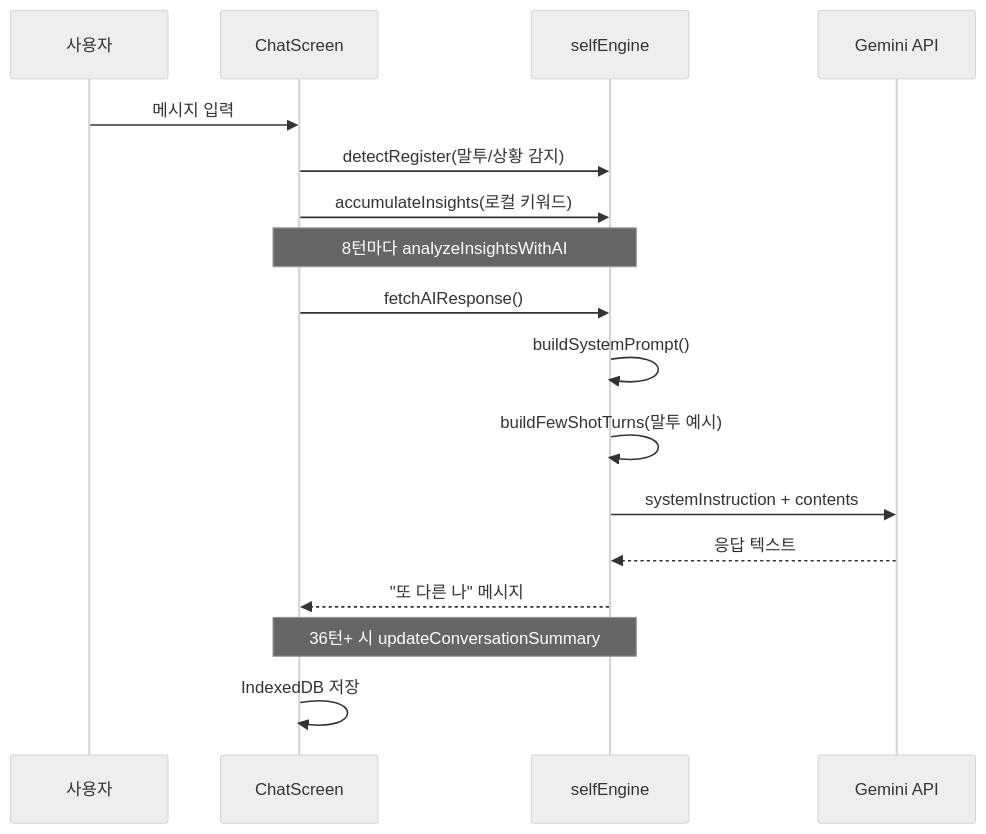
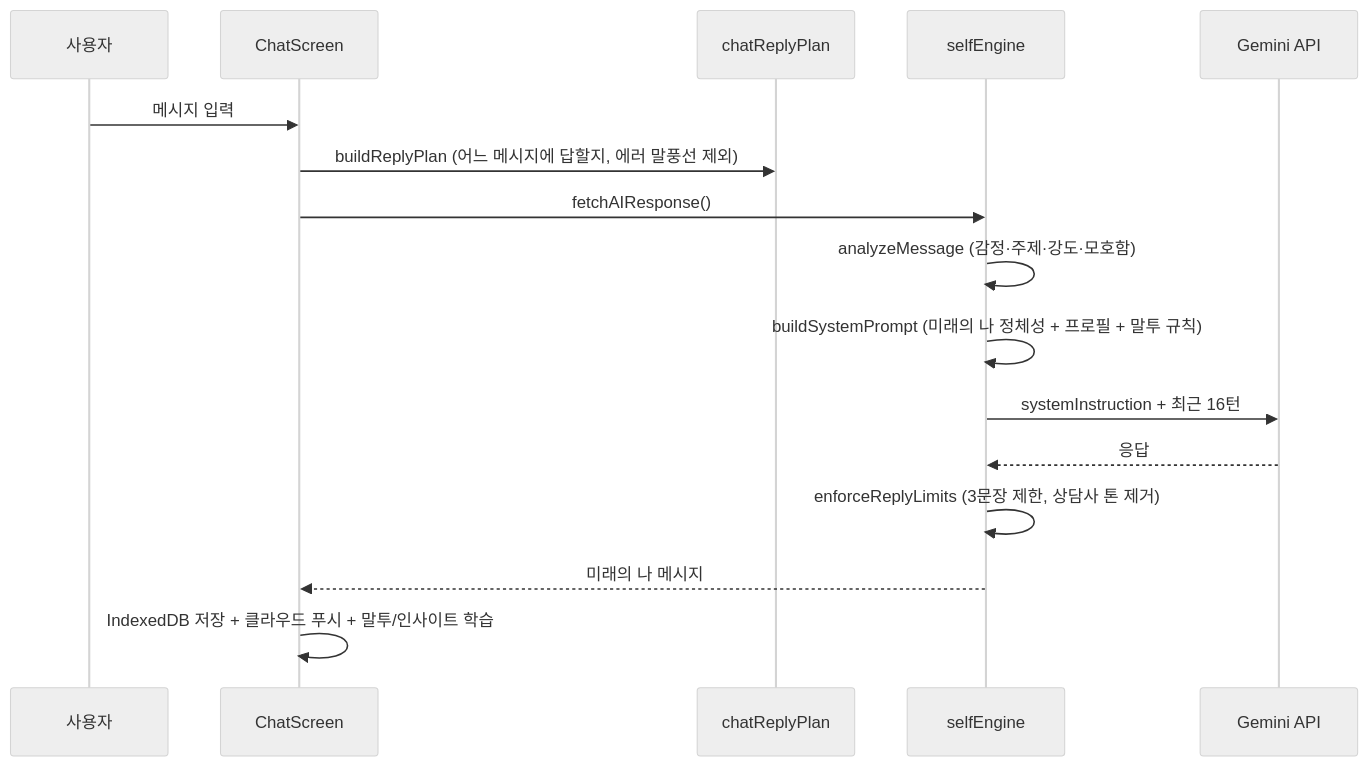
One commit to jongyoon0130/FutureMe changed the second of 2 diagrams in README.md. Above: the diagram before and after it, drawn with Mermaid (neutral theme). The commit also changed other lines of this file and 15 other files, not shown here.

````diff
--- a/README.md
+++ b/README.md
@@ -270,20 +105,19 @@
 ```mermaid
 sequenceDiagram
     participant U as 사용자
     participant C as ChatScreen
+    participant P as chatReplyPlan
     participant E as selfEngine
     participant G as Gemini API
 
     U->>C: 메시지 입력
-    C->>E: detectRegister(말투/상황 감지)
-    C->>E: accumulateInsights(로컬 키워드)
-    Note over C,E: 8턴마다 analyzeInsightsWithAI
+    C->>P: buildReplyPlan (어느 메시지에 답할지, 에러 말풍선 제외)
     C->>E: fetchAIResponse()
-    E->>E: buildSystemPrompt()
-    E->>E: buildFewShotTurns(말투 예시)
-    E->>G: systemInstruction + contents
-    G-->>E: 응답 텍스트
-    E-->>C: "또 다른 나" 메시지
-    Note over C,E: 36턴+ 시 updateConversationSummary
-    C->>C: IndexedDB 저장
+    E->>E: analyzeMessage (감정·주제·강도·모호함)
+    E->>E: buildSystemPrompt (미래의 나 정체성 + 프로필 + 말투 규칙)
+    E->>G: systemInstruction + 최근 16턴
+    G-->>E: 응답
+    E->>E: enforceReplyLimits (3문장 제한, 상담사 톤 제거)
+    E-->>C: 미래의 나 메시지
+    C->>C: IndexedDB 저장 + 클라우드 푸시 + 말투/인사이트 학습
 ```
````
